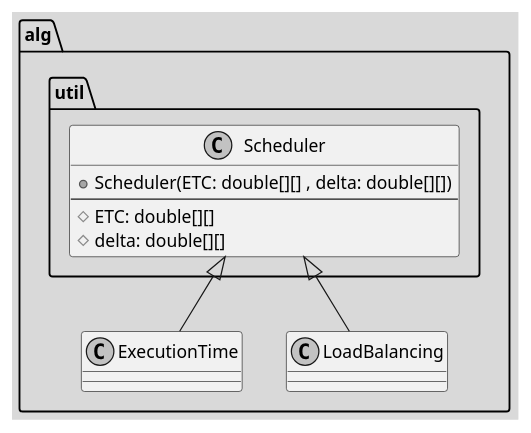
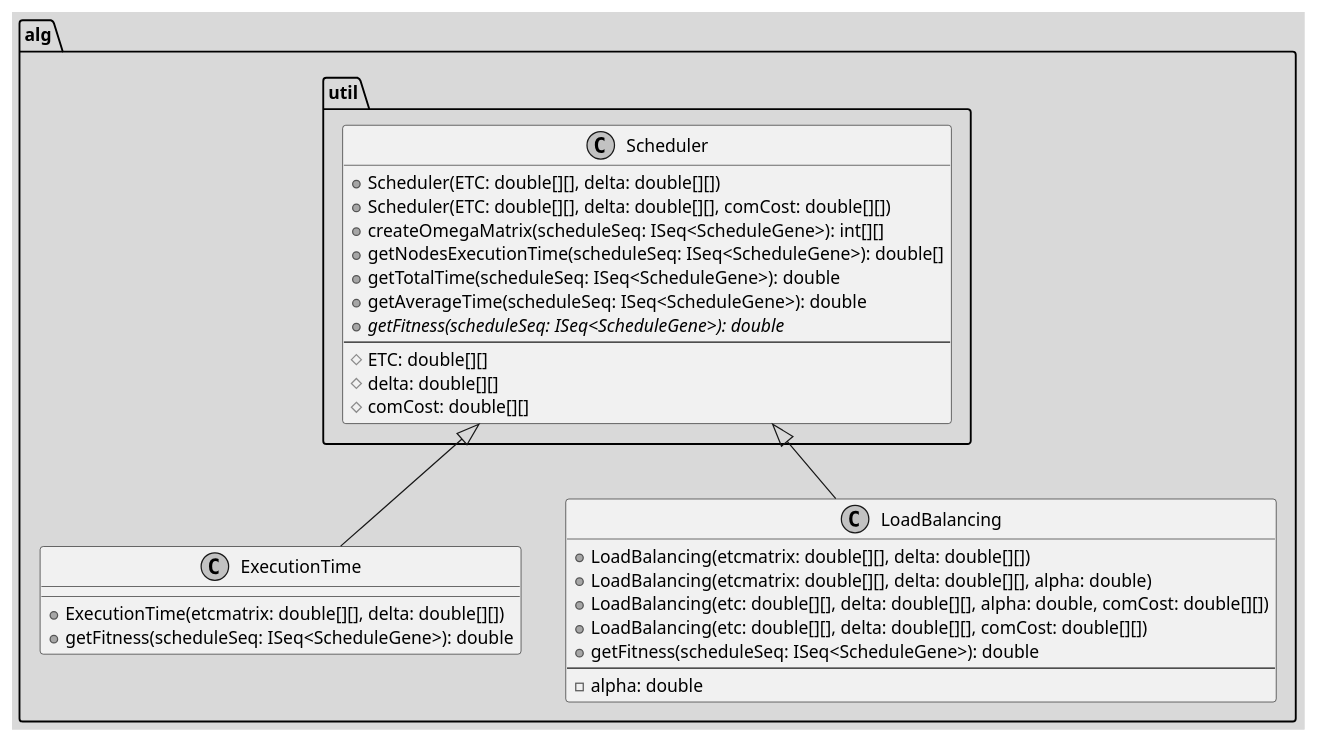
Before and after one commit to pjcuadra/galob: the first of 7 diagrams in docs/source/arch/overview.rst, drawn with PlantUML. The commit also changed other lines of this file and 2 other files, not shown here.

Commit message:
chg: dev: Update Architecture overview and fix some visibility issues

```diff
--- a/docs/source/arch/overview.rst
+++ b/docs/source/arch/overview.rst
@@ -12,24 +12,42 @@
 .. uml::
   :scale: 50 %
   :align: center
 
   skinparam monochrome true
   skinparam backgroundColor #d9d9d9
 
   package alg {
-    class ExecutionTime
-    class LoadBalancing
+    class ExecutionTime {
+      + ExecutionTime(etcmatrix: double[][], delta: double[][])
+      + getFitness(scheduleSeq: ISeq<ScheduleGene>): double
+    }
+    class LoadBalancing {
+      + LoadBalancing(etcmatrix: double[][], delta: double[][])
+      + LoadBalancing(etcmatrix: double[][], delta: double[][], alpha: double)
+      + LoadBalancing(etc: double[][], delta: double[][], alpha: double, comCost: double[][])
+      + LoadBalancing(etc: double[][], delta: double[][], comCost: double[][])
+      + getFitness(scheduleSeq: ISeq<ScheduleGene>): double
+      --
+      - alpha: double
+    }
 
     package util {
       class Scheduler {
-        + Scheduler(ETC: double[][] , delta: double[][])
+        + Scheduler(ETC: double[][], delta: double[][])
+        + Scheduler(ETC: double[][], delta: double[][], comCost: double[][])
+        + createOmegaMatrix(scheduleSeq: ISeq<ScheduleGene>): int[][]
+        + getNodesExecutionTime(scheduleSeq: ISeq<ScheduleGene>): double[]
+        + getTotalTime(scheduleSeq: ISeq<ScheduleGene>): double
+        + getAverageTime(scheduleSeq: ISeq<ScheduleGene>): double
+        + {abstract} getFitness(scheduleSeq: ISeq<ScheduleGene>): double
         --
         # ETC: double[][]
         # delta: double[][]
+        # comCost: double[][]
       }
 
       ExecutionTime -up-|> Scheduler
       LoadBalancing -up-|> Scheduler
 
     }
   }
```
